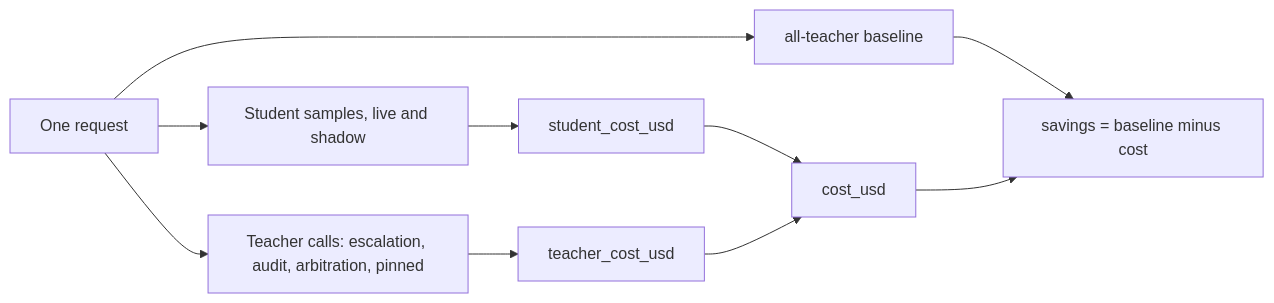
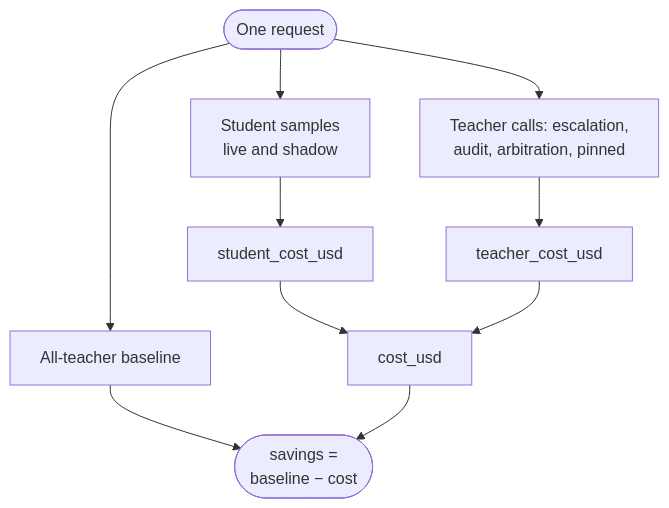
One commit to harshbhx/ratchet changed the first of 4 diagrams in docs-site/src/content/docs/guides/cost-and-savings.mdx. Above: the diagram before and after it, drawn with Mermaid. The commit also changed other lines of this file and 25 other files, not shown here.

````diff
--- a/docs-site/src/content/docs/guides/cost-and-savings.mdx
+++ b/docs-site/src/content/docs/guides/cost-and-savings.mdx
@@ -43,12 +55,15 @@
 ```mermaid
-flowchart LR
-  R["One request"] --> S["Student samples, live and shadow"]
-  R --> T["Teacher calls: escalation, audit, arbitration, pinned"]
+flowchart TB
+  R(["One request"]) --> S["Student samples<br/>live and shadow"]
+  R --> T["Teacher calls: escalation,<br/>audit, arbitration, pinned"]
+  R --> B["All-teacher baseline"]
   S --> SC["student_cost_usd"]
   T --> TC["teacher_cost_usd"]
   SC --> C["cost_usd"]
   TC --> C
-  R --> B["all-teacher baseline"]
-  B --> V["savings = baseline minus cost"]
+  B --> V(["savings =<br/>baseline − cost"])
   C --> V
+
+  class S,SC student
+  class T,TC teacher
 ```
````
